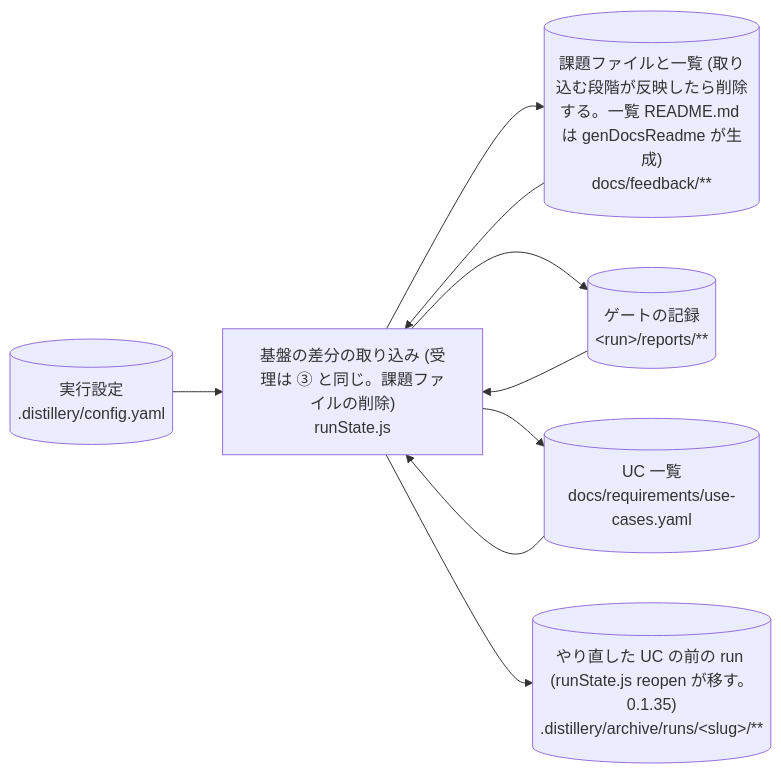
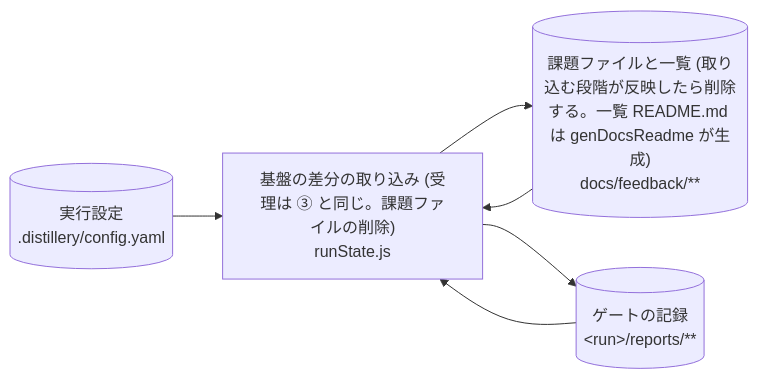
One commit to suwa-sh/suwa-sh-claude-plugins changed diagram 19 of 53 in plugins/distillery2/skills/d2-common/references/dataflow.md. Above: the diagram before and after it, drawn with Mermaid. The commit also changed other lines of this file and 6 other files, not shown here.

````diff
--- a/plugins/distillery2/skills/d2-common/references/dataflow.md
+++ b/plugins/distillery2/skills/d2-common/references/dataflow.md
@@ -520,17 +517,12 @@
 ```mermaid
 flowchart LR
   p_run_foundation_diff["基盤の差分の取り込み (受理は ③ と同じ。課題ファイルの削除)<br/>runState.js"]
   s_feedback_docs[("課題ファイルと一覧 (取り込む段階が反映したら削除する。一覧 README.md は genDocsReadme が生成)<br/>docs/feedback/**")]
   s_config[("実行設定<br/>.distillery/config.yaml")]
   s_reports[("ゲートの記録<br/>#lt;run#gt;/reports/**")]
-  s_use_cases[("UC 一覧<br/>docs/requirements/use-cases.yaml")]
-  s_run_archive[("やり直した UC の前の run (runState.js reopen が移す。0.1.35)<br/>.distillery/archive/runs/#lt;slug#gt;/**")]
   s_feedback_docs --> p_run_foundation_diff
   s_config --> p_run_foundation_diff
   s_reports --> p_run_foundation_diff
-  s_use_cases --> p_run_foundation_diff
   p_run_foundation_diff --> s_feedback_docs
   p_run_foundation_diff --> s_reports
-  p_run_foundation_diff --> s_use_cases
-  p_run_foundation_diff --> s_run_archive
 ```
````
